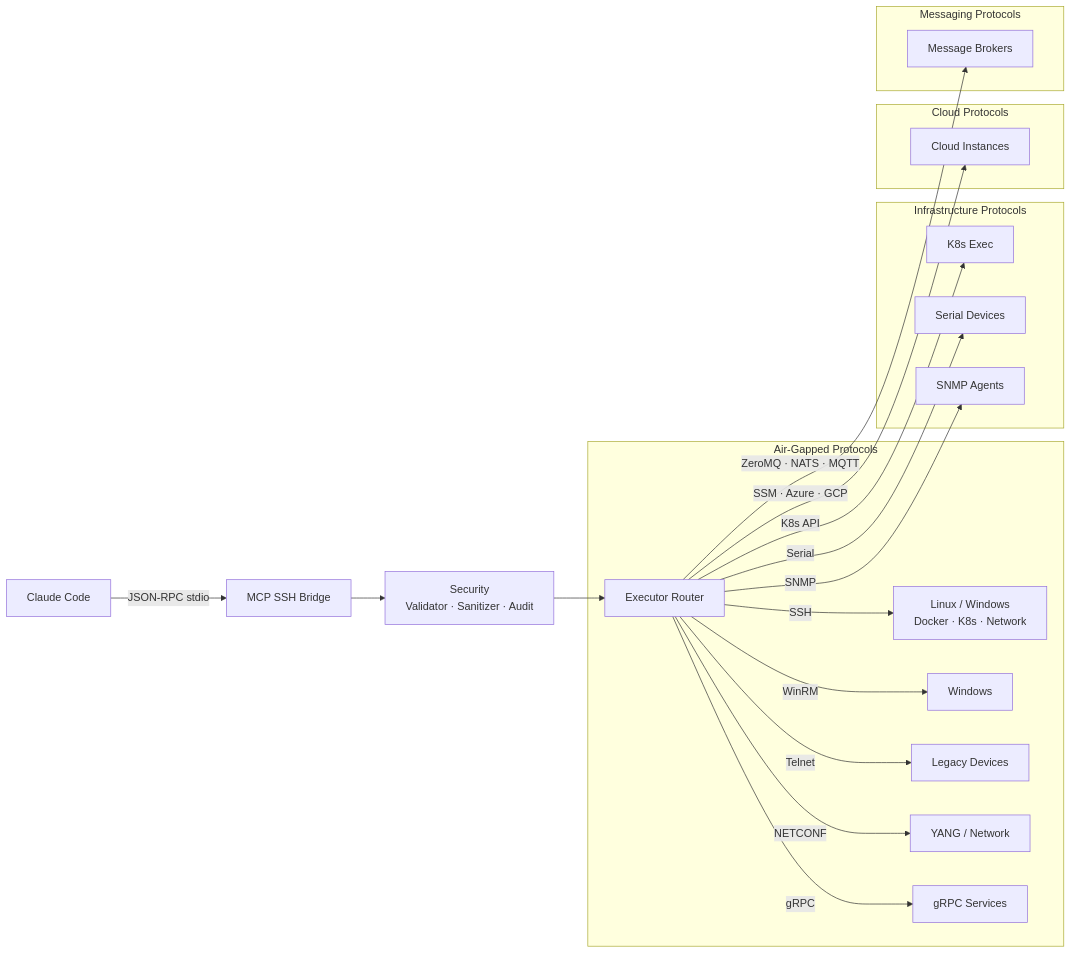
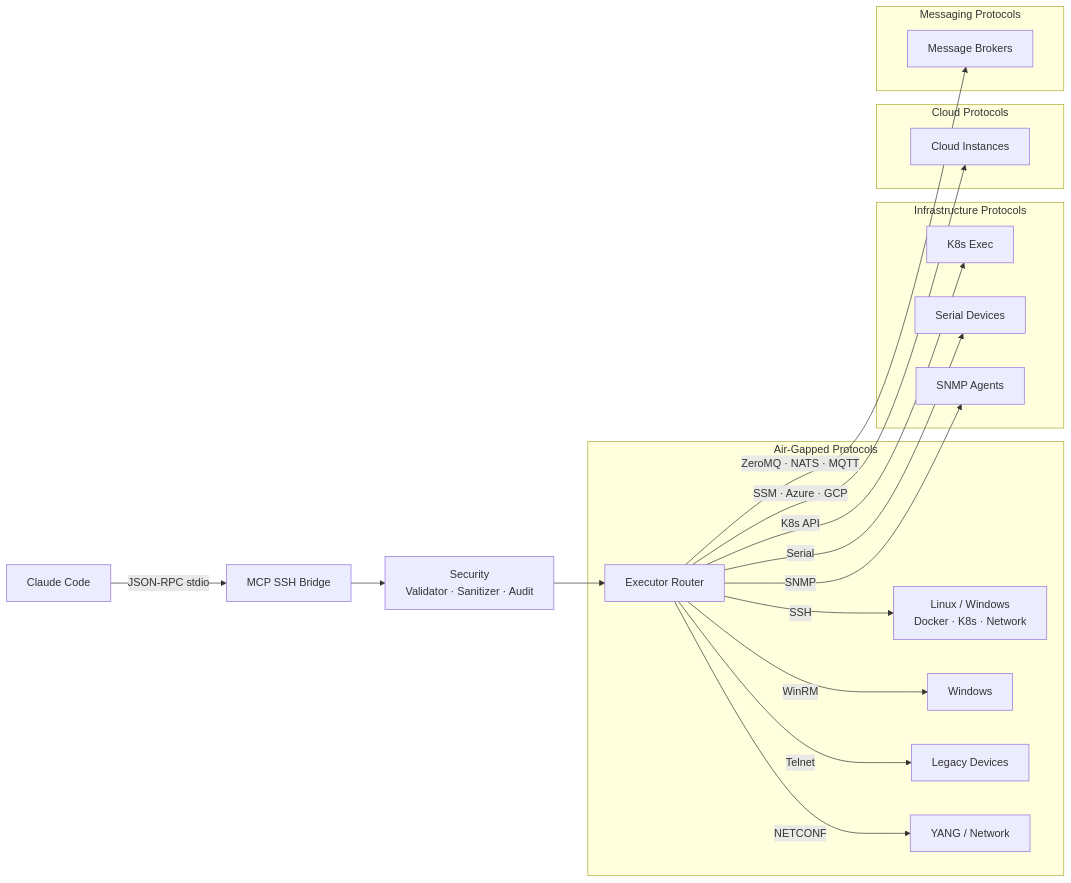
One commit to muchiny/mcp-ssh-bridge changed the diagram in README.md. Above: the diagram before and after it, drawn with Mermaid. The commit also changed other lines of this file and 8 other files, not shown here.

````diff
--- a/README.md
+++ b/README.md
@@ -134,29 +135,28 @@
 ```mermaid
 graph LR
     CC[Claude Code] -->|JSON-RPC stdio| BR[MCP SSH Bridge]
 
     BR --> SEC[Security<br/>Validator · Sanitizer · Audit]
     SEC --> ER[Executor Router]
 
     subgraph "Air-Gapped Protocols"
         ER -->|SSH| P1[Linux / Windows<br/>Docker · K8s · Network]
         ER -->|WinRM| P2[Windows]
         ER -->|Telnet| P3[Legacy Devices]
         ER -->|NETCONF| P4[YANG / Network]
-        ER -->|gRPC| P5[gRPC Services]
     end
 
     subgraph "Infrastructure Protocols"
         ER -->|K8s API| P6[K8s Exec]
         ER -->|Serial| P7[Serial Devices]
         ER -->|SNMP| P8[SNMP Agents]
     end
 
     subgraph "Cloud Protocols"
         ER -->|SSM · Azure · GCP| P9[Cloud Instances]
     end
 
     subgraph "Messaging Protocols"
         ER -->|ZeroMQ · NATS · MQTT| P10[Message Brokers]
     end
 ```
````
